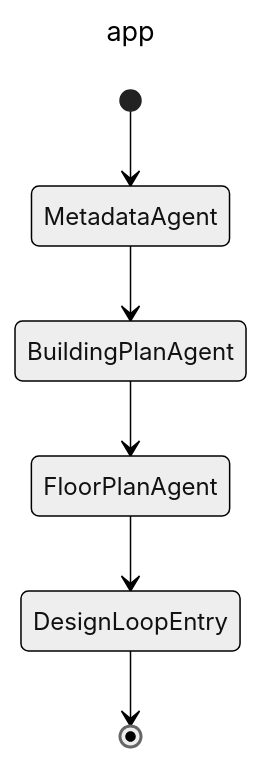
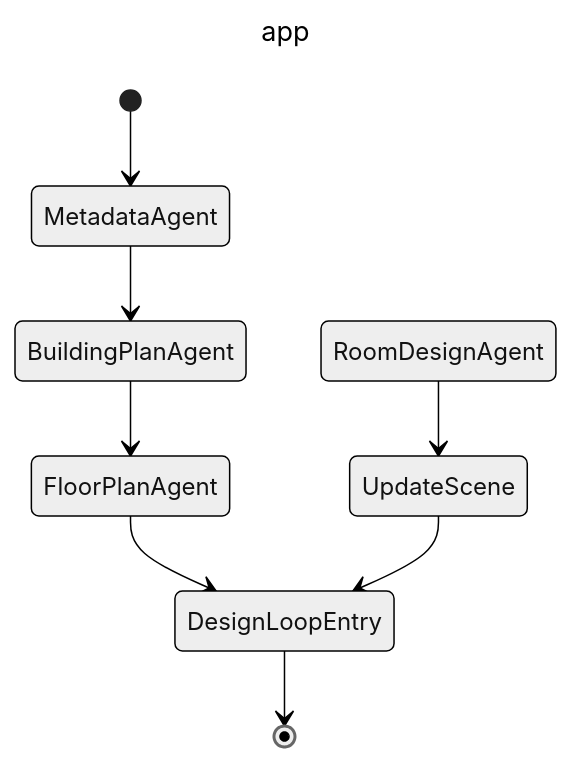
The diagram in assets/main_graph.md (SceneBuilder/SceneBuilder), drawn with Mermaid (neutral theme) before and after one commit. The commit also changed 10 other files, not shown here.

````diff
--- a/assets/main_graph.md
+++ b/assets/main_graph.md
@@ -1,11 +1,13 @@
 ```mermaid
 ---
 title: app
 ---
 stateDiagram-v2
   [*] --> MetadataAgent
   MetadataAgent --> BuildingPlanAgent
   BuildingPlanAgent --> FloorPlanAgent
   FloorPlanAgent --> DesignLoopEntry
   DesignLoopEntry --> [*]
+  RoomDesignAgent --> UpdateScene
+  UpdateScene --> DesignLoopEntry
 ```
````
